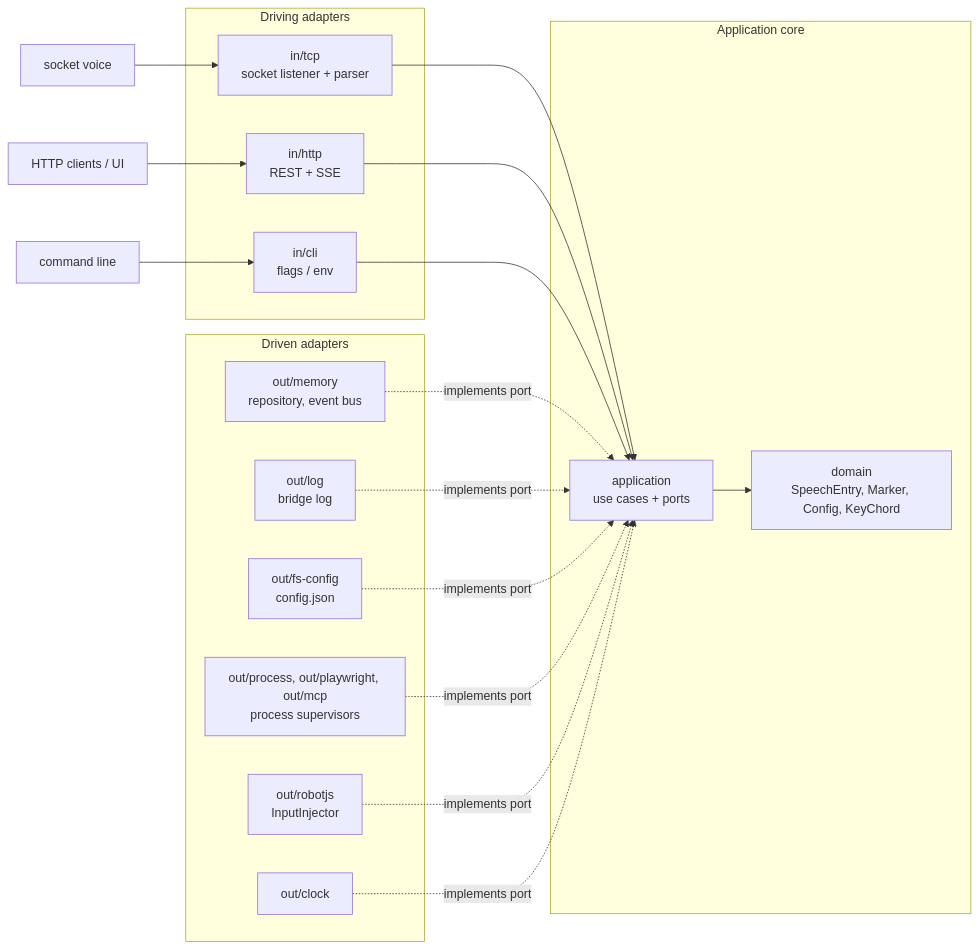
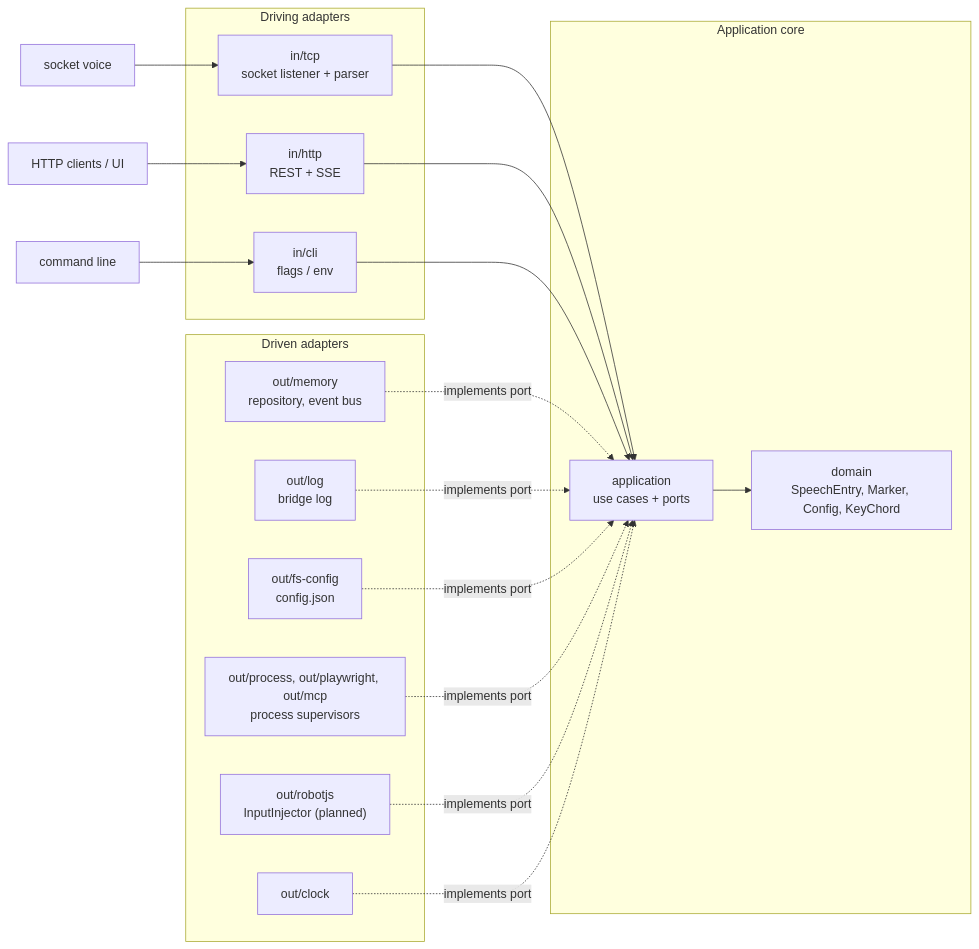
The diagram in docs/architecture.md (TimoSto/screenreader-speech-capture), drawn with Mermaid before and after one commit. The commit also changed other lines of this file and 16 other files, not shown here.

First line of the commit message:
docs: mark planned features, slim the README, split out decisions (#87)

````diff
--- a/docs/architecture.md
+++ b/docs/architecture.md
@@ -40,38 +25,38 @@
 ```mermaid
 flowchart LR
     subgraph IN["Driving adapters"]
         TCP["in/tcp<br/>socket listener + parser"]
         HTTP["in/http<br/>REST + SSE"]
         CLI["in/cli<br/>flags / env"]
     end
 
     subgraph CORE["Application core"]
         APP["application<br/>use cases + ports"]
         DOM["domain<br/>SpeechEntry, Marker, Config, KeyChord"]
         APP --> DOM
     end
 
     subgraph OUT["Driven adapters"]
         MEM["out/memory<br/>repository, event bus"]
         CFG["out/fs-config<br/>config.json"]
         SUP["out/process, out/playwright, out/mcp<br/>process supervisors"]
-        ROBOT["out/robotjs<br/>InputInjector"]
+        ROBOT["out/robotjs<br/>InputInjector (planned)"]
         LOG["out/log<br/>bridge log"]
         CLK["out/clock"]
     end
 
     Voice["socket voice"] --> TCP
     Client["HTTP clients / UI"] --> HTTP
     User["command line"] --> CLI
 
     TCP --> APP
     HTTP --> APP
     CLI --> APP
 
     MEM -. implements port .-> APP
     LOG -. implements port .-> APP
     CFG -. implements port .-> APP
     SUP -. implements port .-> APP
     ROBOT -. implements port .-> APP
     CLK -. implements port .-> APP
 ```
````
